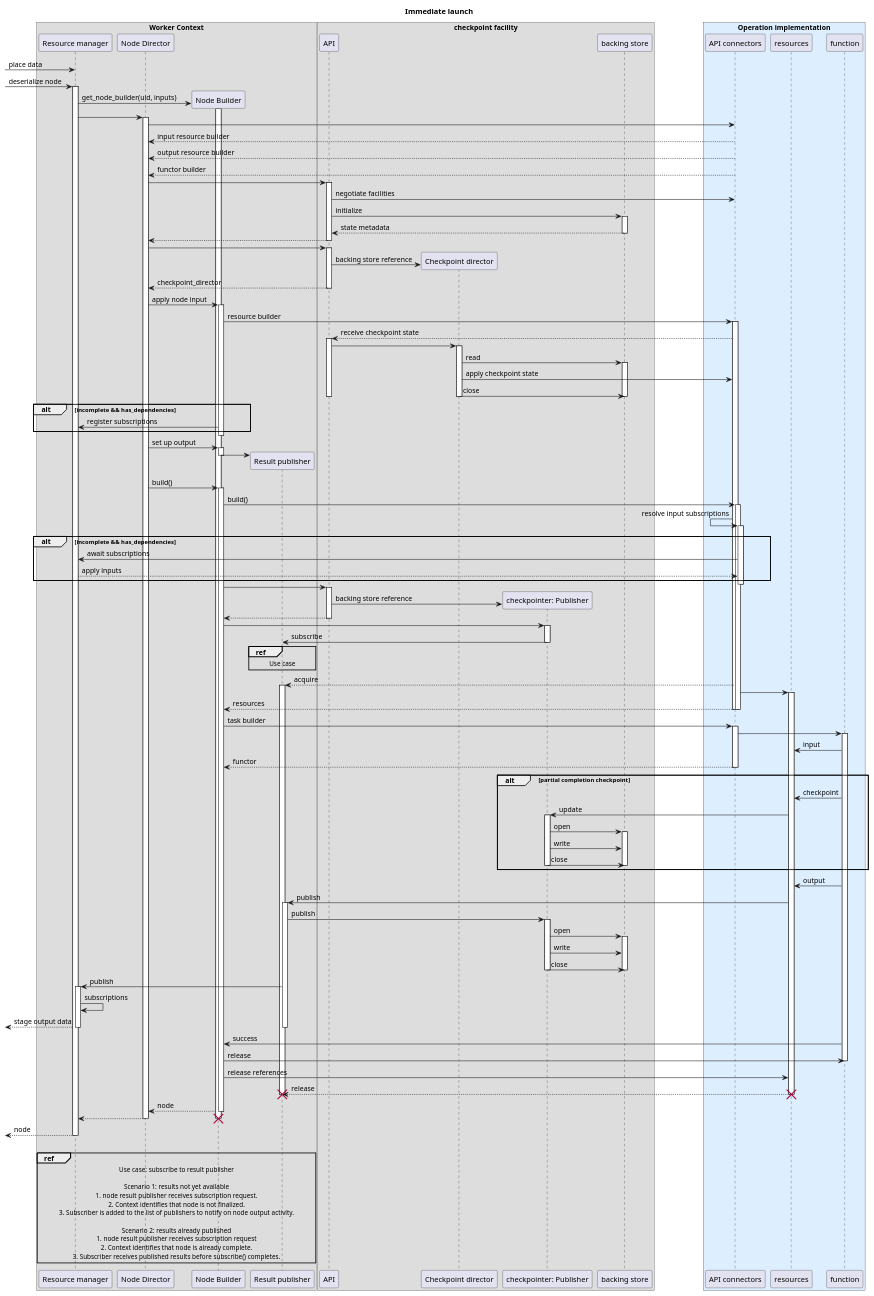
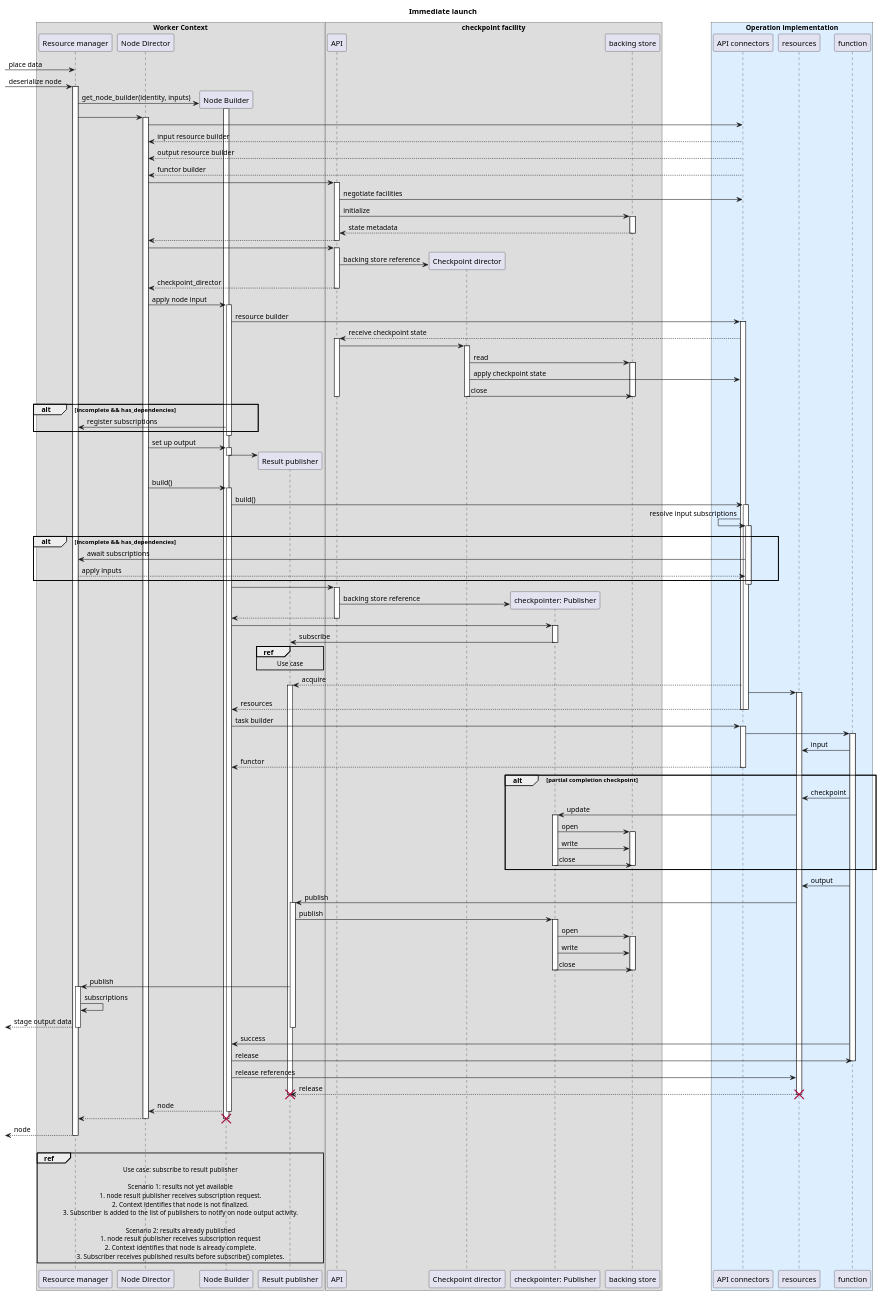
Before and after one commit to eirrgang/scale-ms: the diagram in docs/diagrams/runtime_immediate_sequence.puml, drawn with PlantUML. The commit also changed 30 other files, not shown here.

```diff
--- a/docs/diagrams/runtime_immediate_sequence.puml
+++ b/docs/diagrams/runtime_immediate_sequence.puml
@@ -1,157 +1,157 @@
 @startuml
 title Immediate launch
 
 box "Worker Context"
 participant "Resource manager" as context
 participant "Node Director" as node_director
 participant "Node Builder" as node_builder
 participant "Result publisher" as publisher
 end box
 
 box "checkpoint facility"
 participant "API" as checkpoint_facility
 participant "Checkpoint director" as checkpoint_director
 participant "checkpointer: Publisher" as checkpoint_publisher
 participant "backing store" as checkpoint_backing_store
 end box
 
 box "Operation implementation" #DDEEFF
 participant "API connectors" as factory
 participant resources
 participant function
 end box
 
 [-> context: place data
 
 [-> context: deserialize node
 activate context
 
-context -> node_builder **: get_node_builder(uid, inputs)
+context -> node_builder **: get_node_builder(identity, inputs)
 activate node_builder
 context -> node_director ++
 
 node_director -> factory
 node_director <-- factory: input resource builder
 node_director <-- factory: output resource builder
 node_director <-- factory: functor builder
 
 
 node_director -> checkpoint_facility ++
 checkpoint_facility -> factory: negotiate facilities
 checkpoint_facility -> checkpoint_backing_store ++: initialize
 checkpoint_facility <-- checkpoint_backing_store --: state metadata
 node_director <-- checkpoint_facility --
 
 node_director -> checkpoint_facility ++
 checkpoint_facility -> checkpoint_director **: backing store reference
 checkpoint_facility --> node_director --: checkpoint_director
 
 node_director -> node_builder: apply node input
 activate node_builder
 
 node_builder -> factory ++: resource builder
 
 checkpoint_facility <-- factory ++: receive checkpoint state
 checkpoint_facility -> checkpoint_director ++
 checkpoint_director -> checkpoint_backing_store ++: read
 checkpoint_director -> factory: apply checkpoint state
 checkpoint_director -> checkpoint_backing_store: close
 deactivate checkpoint_backing_store
 deactivate checkpoint_director
 deactivate checkpoint_facility
 alt incomplete && has_dependencies
     node_builder -> context: register subscriptions
 end
 deactivate node_builder
 
 node_director -> node_builder ++: set up output
 node_builder -> publisher **
 deactivate node_builder
 
 node_director -> node_builder ++: build()
 node_builder -> factory ++: build()
 factory <- factory ++: resolve input subscriptions
 alt incomplete && has_dependencies
     factory -> context: await subscriptions
     context --> factory: apply inputs
 end
 deactivate factory
 
 node_builder -> checkpoint_facility ++
 checkpoint_facility -> checkpoint_publisher **: backing store reference
 return
 
 node_builder -> checkpoint_publisher ++
 checkpoint_publisher -> publisher: subscribe
 ref over publisher
 Use case
 end ref
 deactivate checkpoint_publisher
 
 publisher <-- factory ++: acquire
 factory -> resources ++
 node_builder <-- factory --: resources
 deactivate factory
 
 node_builder -> factory ++: task builder
 factory -> function ++
 function -> resources: input
 node_builder <-- factory --: functor
 
 alt partial completion checkpoint
 function -> resources: checkpoint
 resources -> checkpoint_publisher ++: update
 checkpoint_publisher -> checkpoint_backing_store ++: open
 checkpoint_publisher -> checkpoint_backing_store: write
 checkpoint_publisher -> checkpoint_backing_store: close
 deactivate checkpoint_backing_store
 deactivate checkpoint_publisher
 end
 
 function -> resources: output
 resources -> publisher ++: publish
 publisher -> checkpoint_publisher ++: publish
 checkpoint_publisher -> checkpoint_backing_store ++: open
 checkpoint_publisher -> checkpoint_backing_store: write
 checkpoint_publisher -> checkpoint_backing_store: close
 deactivate checkpoint_backing_store
 deactivate checkpoint_publisher
 
 publisher -> context: publish
 activate context
 context -> context: subscriptions
 [<-- context: stage output data
 deactivate context
 deactivate publisher
 
 function -> node_builder: success
 node_builder -> function: release
 deactivate function
 
 node_builder -> resources: release references
 resources --> publisher: release
 destroy publisher
 destroy resources
 
 node_director <-- node_builder --: node
 context <-- node_director --
 destroy node_builder
 [<-- context: node
 deactivate context
 
 |||
     ref over context, node_director, node_builder, publisher
 Use case: subscribe to result publisher
 
 Scenario 1: results not yet available
 1. node result publisher receives subscription request.
 2. Context identifies that node is not finalized.
 3. Subscriber is added to the list of publishers to notify on node output activity.
 
 Scenario 2: results already published
 1. node result publisher receives subscription request
 2. Context identifies that node is already complete.
 3. Subscriber receives published results before subscribe() completes.
     end ref
 
 @enduml
```
